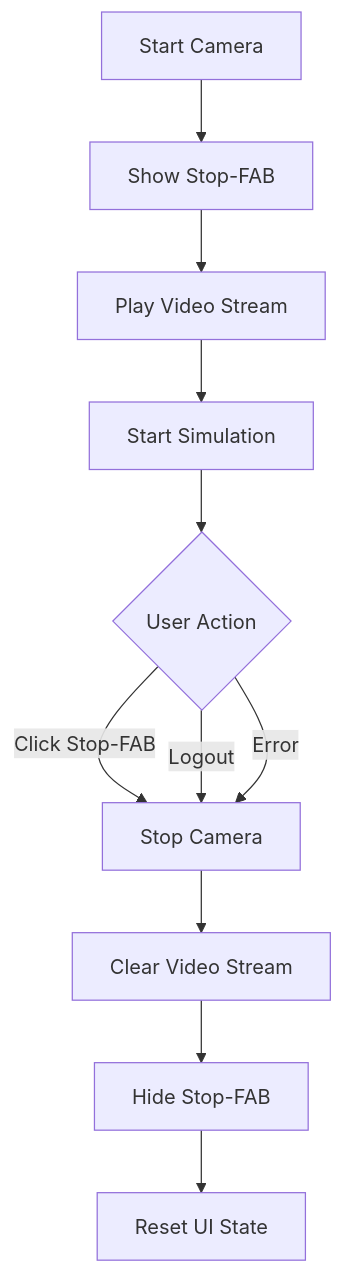
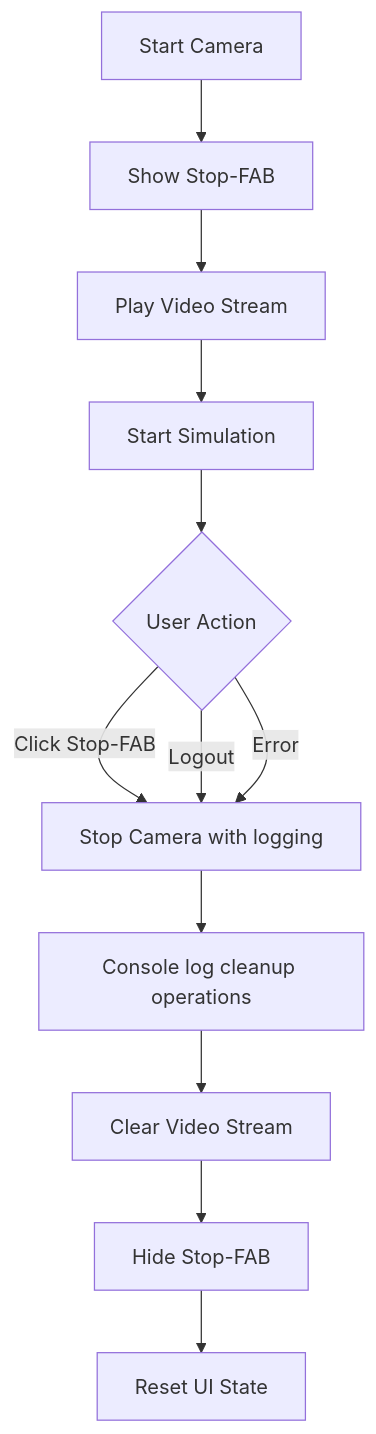
One commit to ikramhh/signvue-project changed the fifth of 10 diagrams in .qoder/repowiki/en/content/Frontend Application.md. Above: the diagram before and after it, drawn with Mermaid. The commit also changed other lines of this file and 5 other files, not shown here.

````diff
--- a/.qoder/repowiki/en/content/Frontend Application.md
+++ b/.qoder/repowiki/en/content/Frontend Application.md
@@ -207,13 +248,14 @@
 ```mermaid
 flowchart TD
 StartCamera["Start Camera"] --> ShowStopFab["Show Stop-FAB"]
 ShowStopFab --> PlayVideo["Play Video Stream"]
 PlayVideo --> StartSim["Start Simulation"]
 StartSim --> UserAction{"User Action"}
-UserAction --> |Click Stop-FAB| StopCamera["Stop Camera"]
+UserAction --> |Click Stop-FAB| StopCamera["Stop Camera with logging"]
 UserAction --> |Logout| StopCamera
 UserAction --> |Error| StopCamera
-StopCamera --> ClearStream["Clear Video Stream"]
+StopCamera --> LogCleanup["Console log cleanup operations"]
+LogCleanup --> ClearStream["Clear Video Stream"]
 ClearStream --> HideStopFab["Hide Stop-FAB"]
 HideStopFab --> ResetUI["Reset UI State"]
 ```
````
